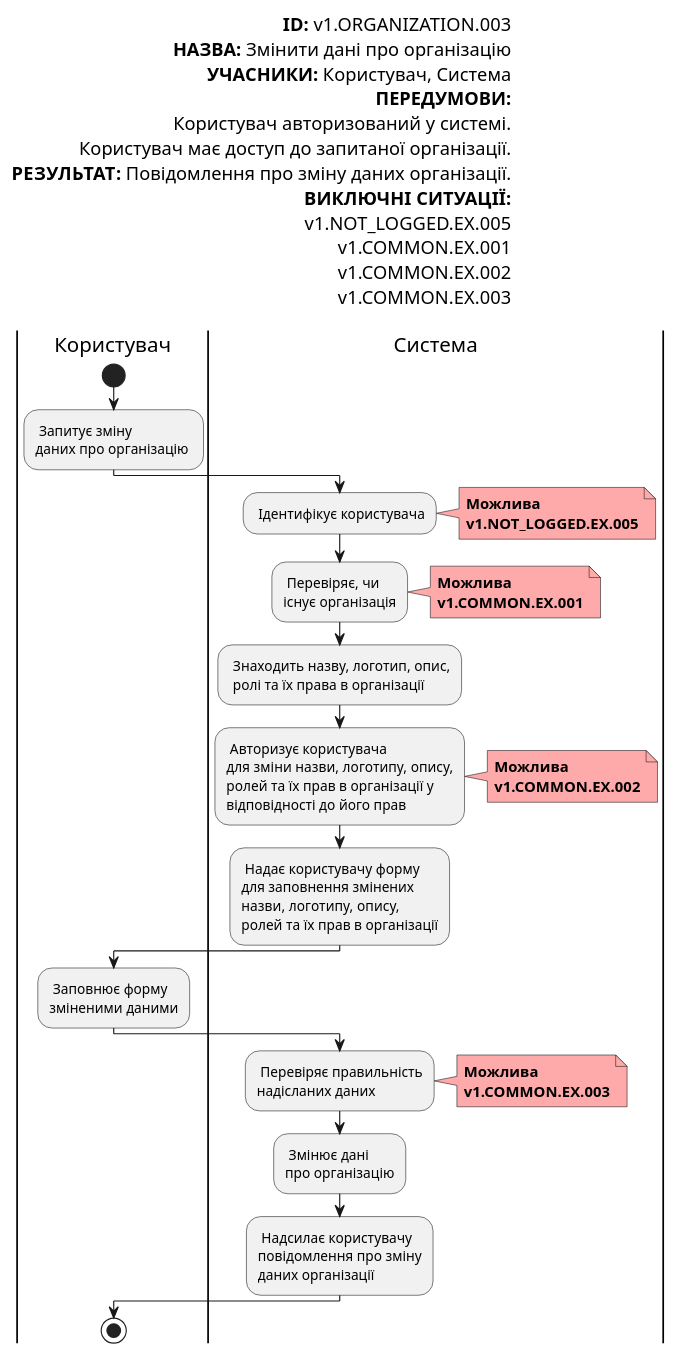
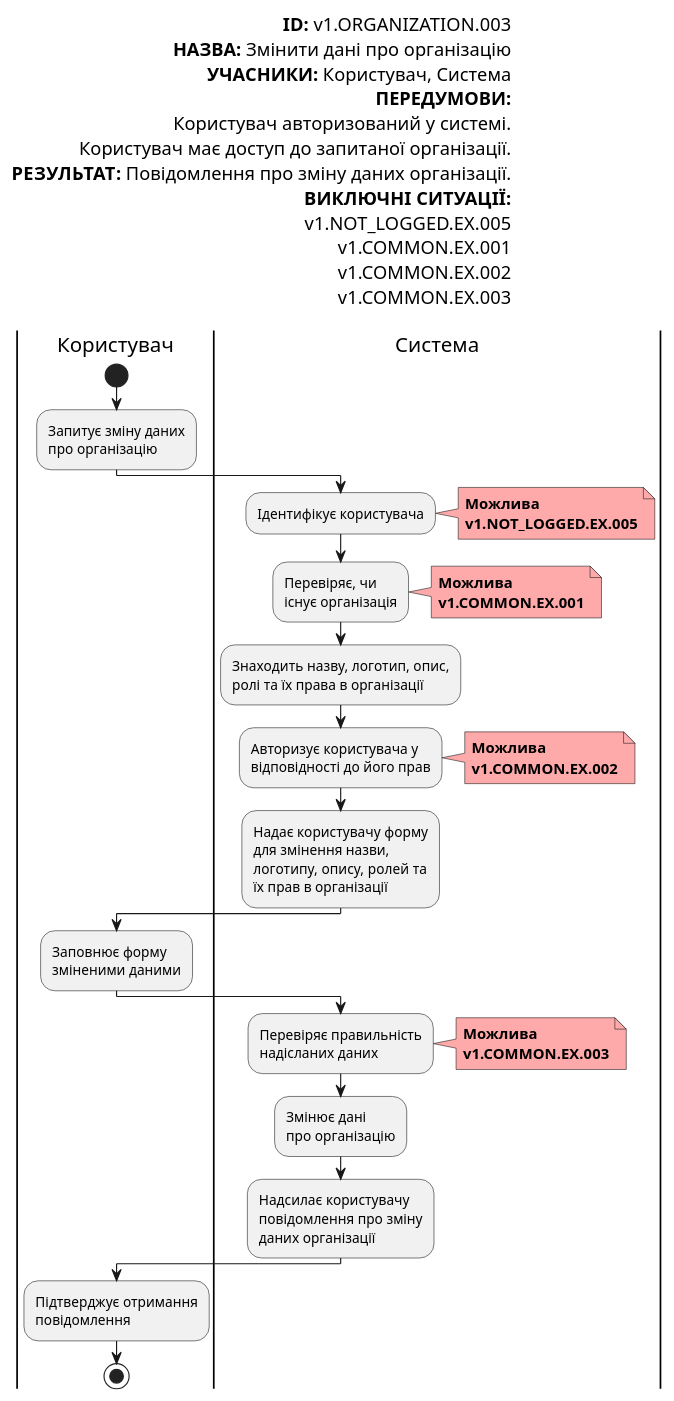
Diagram 12 of 23 in docs/use-cases/README.md (gurug-prog/survey-expert), drawn with PlantUML before and after one commit. The commit also changed other lines of this file and 3 other files, not shown here.

Commit message:
Improve diagrams

```diff
--- a/docs/use-cases/README.md
+++ b/docs/use-cases/README.md
@@ -540,18 +564,18 @@
 
       |Користувач|
           start
-          : Запитує зміну
-          даних про організацію ;
+          :Запитує зміну даних
+          про організацію;
     
       |Система|
-          : Ідентифікує користувача;
+          :Ідентифікує користувача;
 
           note right #ffaaaa
           <b>Можлива</b>
           <b>v1.NOT_LOGGED.EX.005</b>
           end note
 
-          : Перевіряє, чи
+          :Перевіряє, чи
           існує організація;
 
           note right #ffaaaa
@@ -559,12 +583,10 @@
           <b>v1.COMMON.EX.001</b>
           end note
  
-          : Знаходить назву, логотип, опис,
-           ролі та їх права в організації;
+          :Знаходить назву, логотип, опис,
+          ролі та їх права в організації;
  
-          : Авторизує користувача
-          для зміни назви, логотипу, опису,
-          ролей та їх прав в організації у 
+          :Авторизує користувача у
           відповідності до його прав;
  
           note right #ffaaaa
@@ -572,17 +594,17 @@
           <b>v1.COMMON.EX.002</b>
           end note
 
-          : Надає користувачу форму
-          для заповнення змінених
-          назви, логотипу, опису,
-          ролей та їх прав в організації;
+          :Надає користувачу форму
+          для змінення назви,
+          логотипу, опису, ролей та
+          їх прав в організації;
 
       |Користувач|
-          : Заповнює форму
+          :Заповнює форму
           зміненими даними;
 
       |Система|
-          : Перевіряє правильність
+          :Перевіряє правильність
           надісланих даних;
 
           note right #ffaaaa
@@ -590,14 +612,18 @@
           <b>v1.COMMON.EX.003</b>
           end note
  
-          : Змінює дані
+          :Змінює дані
           про організацію;
  
-          : Надсилає користувачу
+          :Надсилає користувачу
           повідомлення про зміну
           даних організації;
 
       |Користувач|
-          stop;
+
+            :Підтверджує отримання
+            повідомлення;
+
+            stop;
 
   @enduml
```
